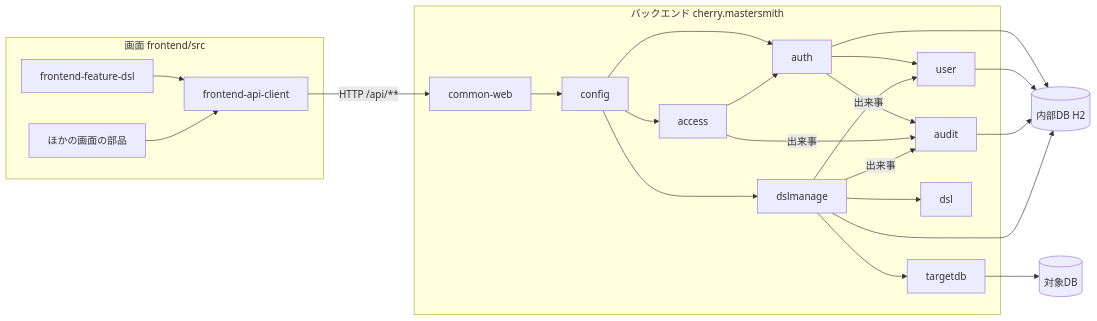
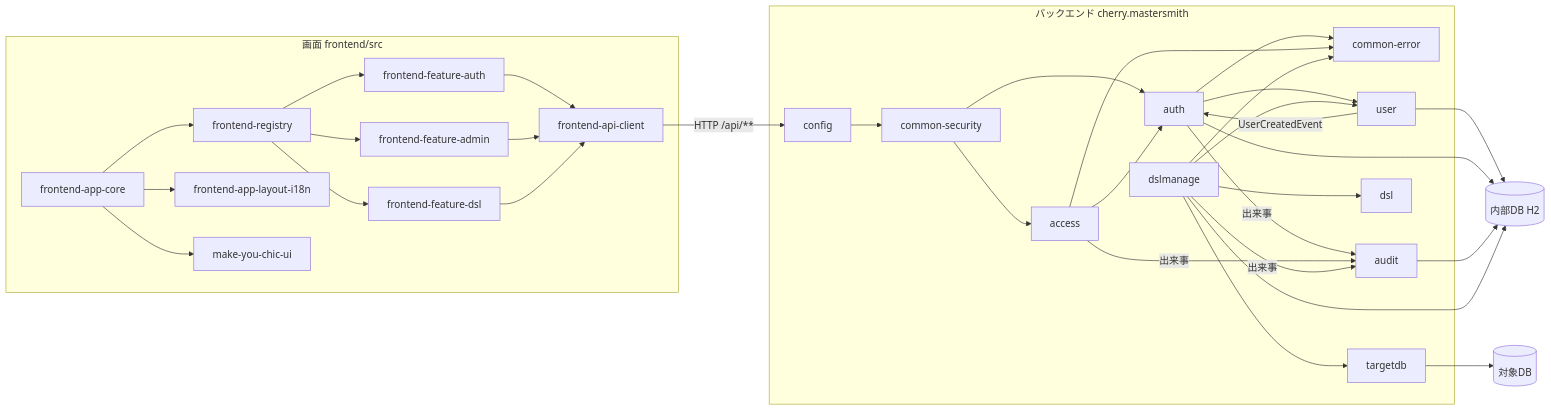
The first of 5 diagrams in aidlc/spaces/default/codekb/mastersmith2/architecture.md (agwlvssainokuni/mastersmith2), drawn with Mermaid before and after one commit. The commit also changed other lines of this file and 16 other files, not shown here.

````diff
--- a/aidlc/spaces/default/codekb/mastersmith2/architecture.md
+++ b/aidlc/spaces/default/codekb/mastersmith2/architecture.md
@@ -20,42 +30,58 @@
 ```mermaid
 flowchart LR
   subgraph FE["画面 frontend/src"]
+    CORE["frontend-app-core"]
+    REG["frontend-registry"]
+    LAY["frontend-app-layout-i18n"]
+    FAUTH["frontend-feature-auth"]
+    FADM["frontend-feature-admin"]
     FDSL["frontend-feature-dsl"]
-    FOTH["ほかの画面の部品"]
     APIC["frontend-api-client"]
+    MYC["make-you-chic-ui"]
   end
   subgraph BE["バックエンド cherry.mastersmith"]
-    CW["common-web"]
     CFG["config"]
+    CSEC["common-security"]
+    CERR["common-error"]
     AUTH["auth"]
     ACCESS["access"]
     USER["user"]
     AUDIT["audit"]
+    DSLM["dslmanage"]
+    DSL["dsl"]
     TDB["targetdb"]
-    DSL["dsl"]
-    DSLM["dslmanage"]
   end
   H2[("内部DB H2")]
   TGT[("対象DB")]
 
+  CORE --> REG
+  CORE --> LAY
+  CORE --> MYC
+  REG --> FAUTH
+  REG --> FADM
+  REG --> FDSL
+  FAUTH --> APIC
+  FADM --> APIC
   FDSL --> APIC
-  FOTH --> APIC
-  APIC -- "HTTP /api/**" --> CW
-  CW --> CFG
-  CFG --> AUTH
-  CFG --> ACCESS
-  CFG --> DSLM
+  APIC -- "HTTP /api/**" --> CFG
+  CFG --> CSEC
+  CSEC --> AUTH
+  CSEC --> ACCESS
   AUTH --> USER
   ACCESS --> AUTH
   DSLM --> DSL
   DSLM --> TDB
   DSLM --> USER
+  USER -- "UserCreatedEvent" --> AUTH
   AUTH -- "出来事" --> AUDIT
   ACCESS -- "出来事" --> AUDIT
   DSLM -- "出来事" --> AUDIT
+  AUTH --> CERR
+  ACCESS --> CERR
+  DSLM --> CERR
+  USER --> H2
   AUTH --> H2
-  USER --> H2
   AUDIT --> H2
   DSLM --> H2
   TDB --> TGT
 ```
````
